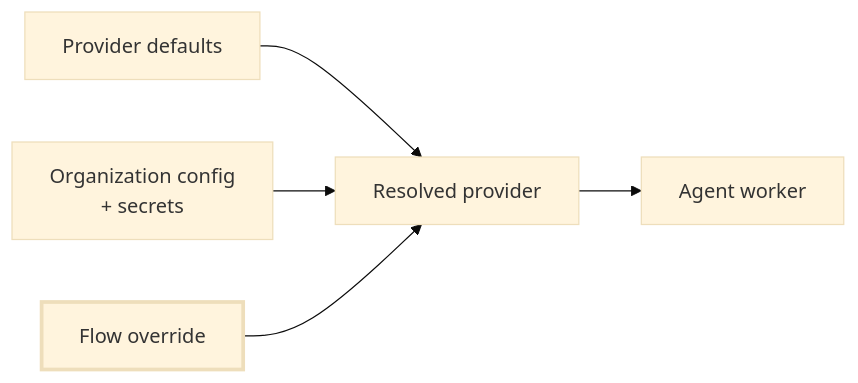
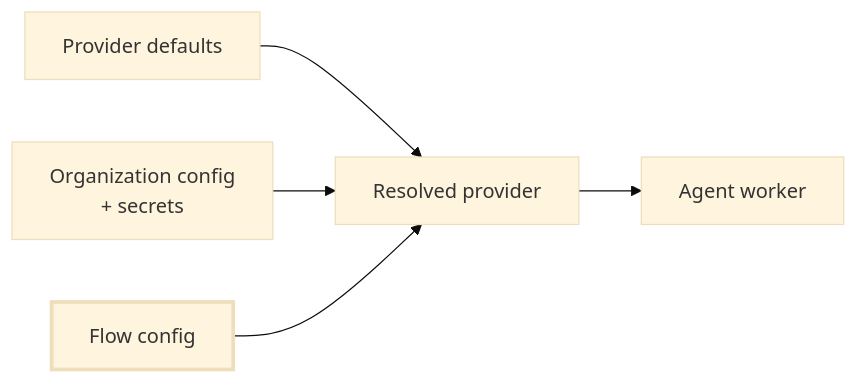
One commit to Aico-Systems/docs changed the second of 2 diagrams in platform/concepts.mdx. Above: the diagram before and after it, drawn with Mermaid (base theme). The commit also changed other lines of this file and 10 other files, not shown here.

````diff
--- a/platform/concepts.mdx
+++ b/platform/concepts.mdx
@@ -63,8 +71,8 @@
 ```mermaid
 flowchart LR
     D["Provider defaults"] --> M
     O["Organization config<br/>+ secrets"] --> M
-    F["Flow override"] --> M
+    F["Flow config"] --> M
     M["Resolved provider"] --> AGT["Agent worker"]
     style F stroke-width:3px
 ```
````
